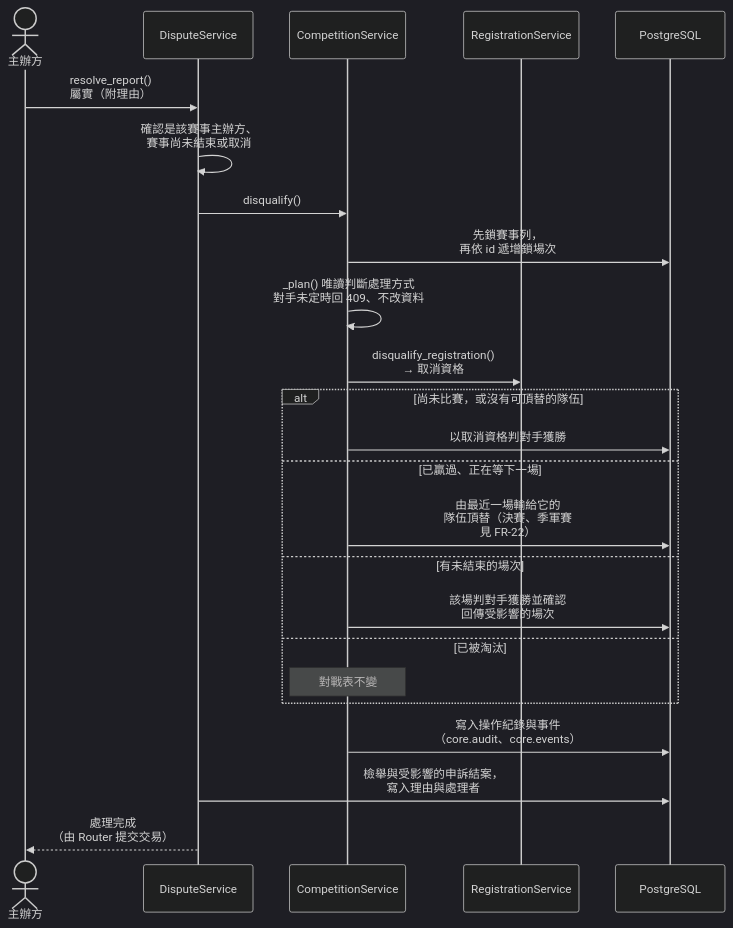
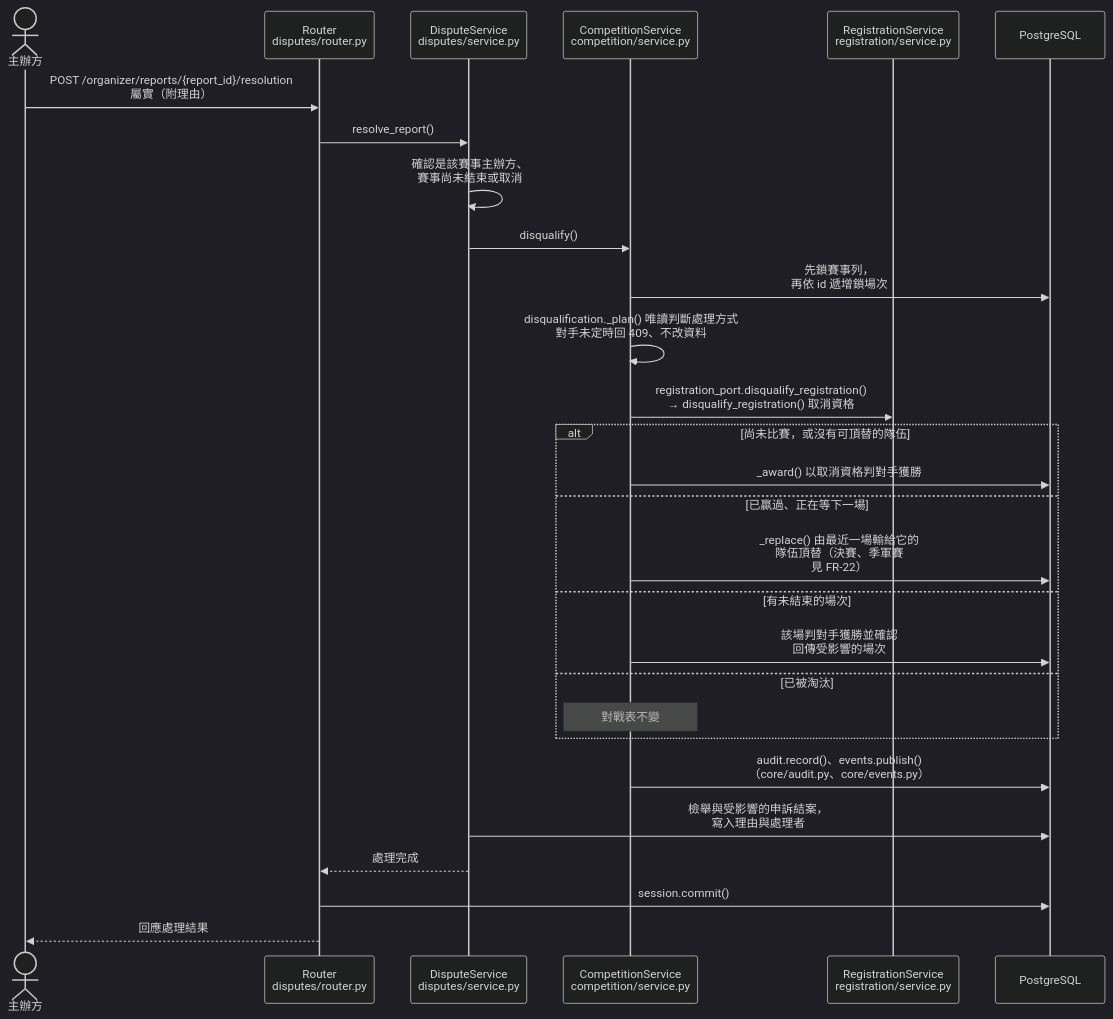
Diagram 15 of 15 in docs/midterm/D-物件設計文件.md (Team14good/esport-platform), drawn with Mermaid (dark theme) before and after one commit. The commit also changed other lines of this file and 27 other files, not shown here.

First line of the commit message:
docs: B、C、D 其餘的圖全部對照程式標註

````diff
--- a/docs/midterm/D-物件設計文件.md
+++ b/docs/midterm/D-物件設計文件.md
@@ -801,26 +843,30 @@
 ```mermaid
 sequenceDiagram
   actor Org as 主辦方
-  participant D as DisputeService
-  participant C as CompetitionService
-  participant RS as RegistrationService
+  participant R as Router<br/>disputes/router.py
+  participant D as DisputeService<br/>disputes/service.py
+  participant C as CompetitionService<br/>competition/service.py
+  participant RS as RegistrationService<br/>registration/service.py
   participant DB as PostgreSQL
-  Org->>D: resolve_report()<br/>屬實（附理由）
+  Org->>R: POST /organizer/reports/{report_id}/resolution<br/>屬實（附理由）
+  R->>D: resolve_report()
   D->>D: 確認是該賽事主辦方、<br/>賽事尚未結束或取消
   D->>C: disqualify()
   C->>DB: 先鎖賽事列，<br/>再依 id 遞增鎖場次
-  C->>C: _plan() 唯讀判斷處理方式<br/>對手未定時回 409、不改資料
-  C->>RS: disqualify_registration()<br/>→ 取消資格
+  C->>C: disqualification._plan() 唯讀判斷處理方式<br/>對手未定時回 409、不改資料
+  C->>RS: registration_port.disqualify_registration()<br/>→ disqualify_registration() 取消資格
   alt 尚未比賽，或沒有可頂替的隊伍
-    C->>DB: 以取消資格判對手獲勝
+    C->>DB: _award() 以取消資格判對手獲勝
   else 已贏過、正在等下一場
-    C->>DB: 由最近一場輸給它的<br/>隊伍頂替（決賽、季軍賽<br/>見 FR-22）
+    C->>DB: _replace() 由最近一場輸給它的<br/>隊伍頂替（決賽、季軍賽<br/>見 FR-22）
   else 有未結束的場次
     C->>DB: 該場判對手獲勝並確認<br/>回傳受影響的場次
   else 已被淘汰
     Note over C: 對戰表不變
   end
-  C->>DB: 寫入操作紀錄與事件<br/>（core.audit、core.events）
+  C->>DB: audit.record()、events.publish()<br/>（core/audit.py、core/events.py）
   D->>DB: 檢舉與受影響的申訴結案，<br/>寫入理由與處理者
-  D-->>Org: 處理完成<br/>（由 Router 提交交易）
+  D-->>R: 處理完成
+  R->>DB: session.commit()
+  R-->>Org: 回應處理結果
 ```
````
